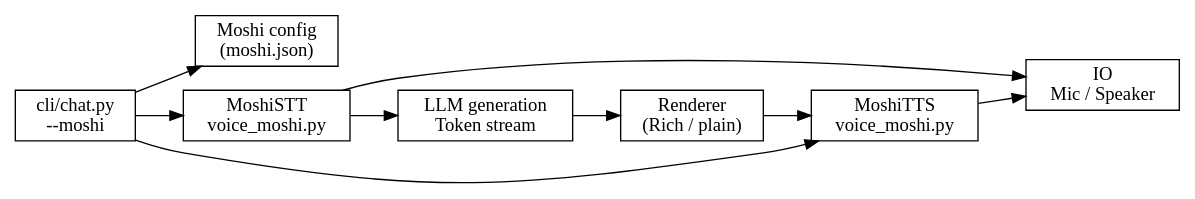
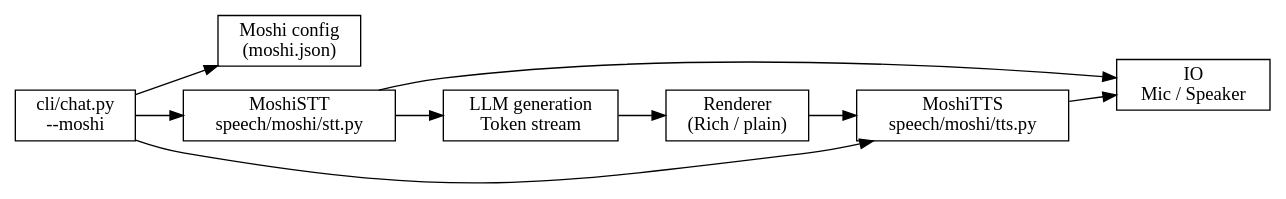
The diagram in docs/diagrams/moshi_voice_arch.dot (unixwzrd/mlx-harmony), drawn with Graphviz before and after one commit. The commit also changed 21 other files, not shown here.

Commit message:
20260117_01 Checkpoint - Realigned Moshi speech modules under `src/mlx_harmony/speech/moshi/`. - Renamed hotmic implementation to `src/mlx_harmony/tools/hotmic.py` and updated entrypoint to `mlx_harmony.tools.hotmic:main`. - Updated module map and diagrams to reflect new speech/hotmic paths.

```diff
--- a/docs/diagrams/moshi_voice_arch.dot
+++ b/docs/diagrams/moshi_voice_arch.dot
@@ -1,21 +1,21 @@
 digraph MoshiVoiceArch {
   rankdir=LR;
   node [shape=box];
 
   cli [label="cli/chat.py\n--moshi"];
   config [label="Moshi config\n(moshi.json)"];
-  stt [label="MoshiSTT\nvoice_moshi.py"];
-  tts [label="MoshiTTS\nvoice_moshi.py"];
+  stt [label="MoshiSTT\nspeech/moshi/stt.py"];
+  tts [label="MoshiTTS\nspeech/moshi/tts.py"];
   gen [label="LLM generation\nToken stream"];
   render [label="Renderer\n(Rich / plain)"];
   io [label="IO\nMic / Speaker"];
 
   cli -> config;
   cli -> stt;
   cli -> tts;
   stt -> gen;
   gen -> render;
   render -> tts;
   tts -> io;
   stt -> io;
 }
```
